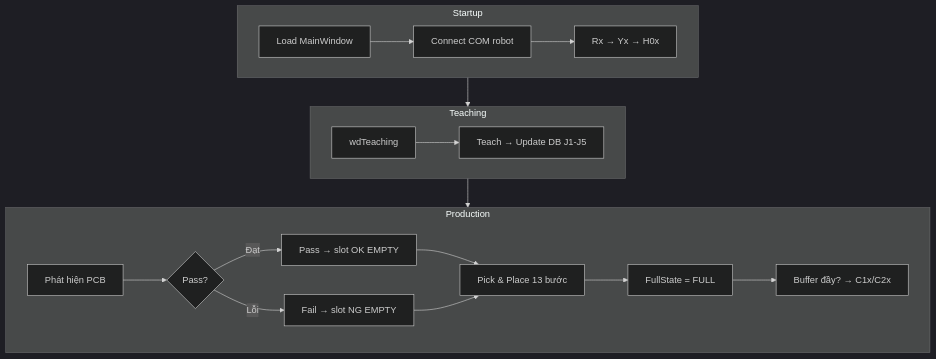
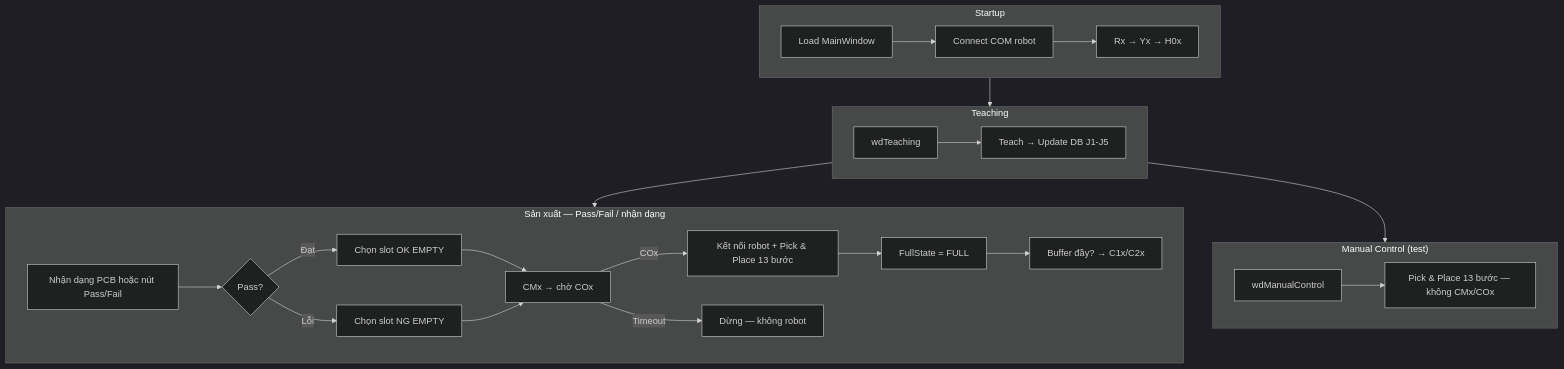
The sixth of 6 diagrams in Haui.PCB/docs/ROBOT_WORKFLOW.md (cmsang/haui), drawn with Mermaid (dark theme) before and after one commit. The commit also changed other lines of this file and 1 other file, not shown here.

````diff
--- a/Haui.PCB/docs/ROBOT_WORKFLOW.md
+++ b/Haui.PCB/docs/ROBOT_WORKFLOW.md
@@ -275,32 +394,41 @@
 ```mermaid
 flowchart TB
     subgraph Startup
         S1[Load MainWindow]
         S2[Connect COM robot]
         S3[Rx → Yx → H0x]
         S1 --> S2 --> S3
     end
 
     subgraph Teaching
         T1[wdTeaching]
         T2[Teach → Update DB J1-J5]
         T1 --> T2
     end
 
-    subgraph Production
-        P1[Phát hiện PCB]
+    subgraph Production["Sản xuất — Pass/Fail / nhận dạng"]
+        P1[Nhận dạng PCB hoặc nút Pass/Fail]
         P2{Pass?}
-        P3[Pass → slot OK EMPTY]
-        P4[Fail → slot NG EMPTY]
-        P5[Pick & Place 13 bước]
-        P6[FullState = FULL]
-        P7[Buffer đầy? → C1x/C2x]
+        P3[Chọn slot OK EMPTY]
+        P4[Chọn slot NG EMPTY]
+        P5[CMx → chờ COx]
+        P6[Kết nối robot + Pick & Place 13 bước]
+        P7[FullState = FULL]
+        P8[Buffer đầy? → C1x/C2x]
         P1 --> P2
         P2 -->|Đạt| P3 --> P5
         P2 -->|Lỗi| P4 --> P5
-        P5 --> P6 --> P7
+        P5 -->|COx| P6 --> P7 --> P8
+        P5 -->|Timeout| P9[Dừng — không robot]
+    end
+
+    subgraph Manual["Manual Control (test)"]
+        M1[wdManualControl]
+        M2[Pick & Place 13 bước — không CMx/COx]
+        M1 --> M2
     end
 
     Startup --> Teaching
     Teaching --> Production
+    Teaching --> Manual
 ```
````
